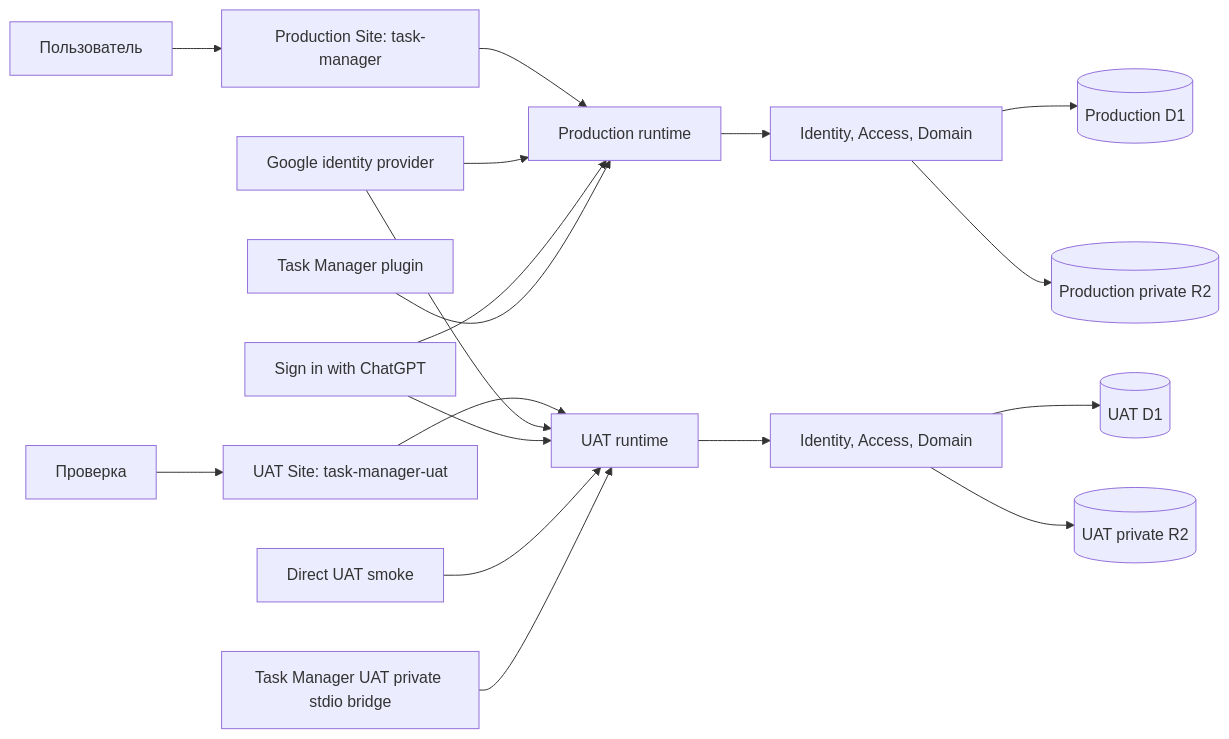
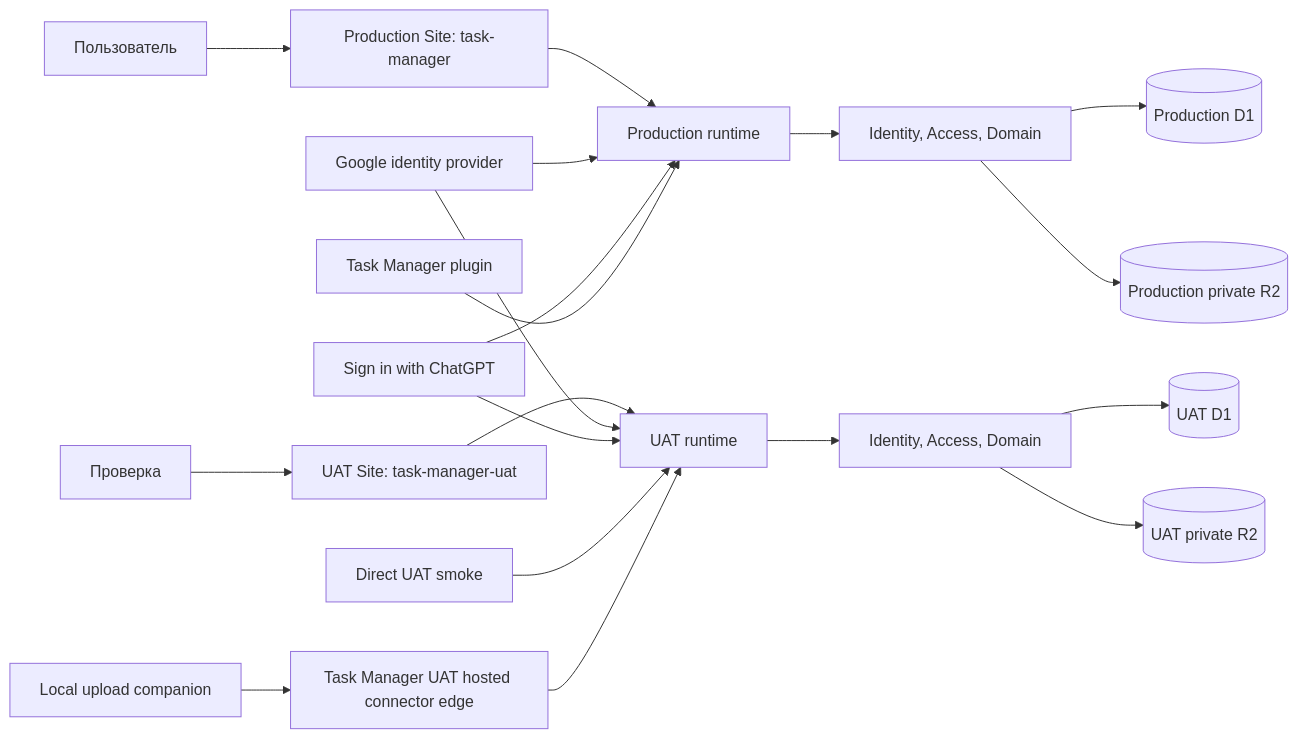
The diagram in docs/architecture.md (xxsrez/TaskManager), drawn with Mermaid before and after one commit. The commit also changed other lines of this file and 5 other files, not shown here.

Commit message:
TM-294 replace private UAT bridge architecture

````diff
--- a/docs/architecture.md
+++ b/docs/architecture.md
@@ -31,20 +31,21 @@
 ```mermaid
 flowchart LR
     U[Пользователь] --> PROD[Production Site: task-manager]
     QA[Проверка] --> UAT[UAT Site: task-manager-uat]
     PLUGIN[Task Manager plugin] --> PRT[Production runtime]
-    UPLUGIN[Task Manager UAT private stdio bridge] --> URT
+    UPLUGIN[Task Manager UAT hosted connector edge] --> URT
+    LOCAL[Local upload companion] --> UPLUGIN
     API[Direct UAT smoke] --> URT[UAT runtime]
     CG[Sign in with ChatGPT] --> PRT
     CG --> URT
     G[Google identity provider] --> PRT
     G --> URT
     PROD --> PRT
     UAT --> URT
     PRT --> PIA[Identity, Access, Domain]
     URT --> UIA[Identity, Access, Domain]
     PIA --> PDB[(Production D1)]
     UIA --> UDB[(UAT D1)]
     PIA --> PR2[(Production private R2)]
     UIA --> UR2[(UAT private R2)]
 ```
````
